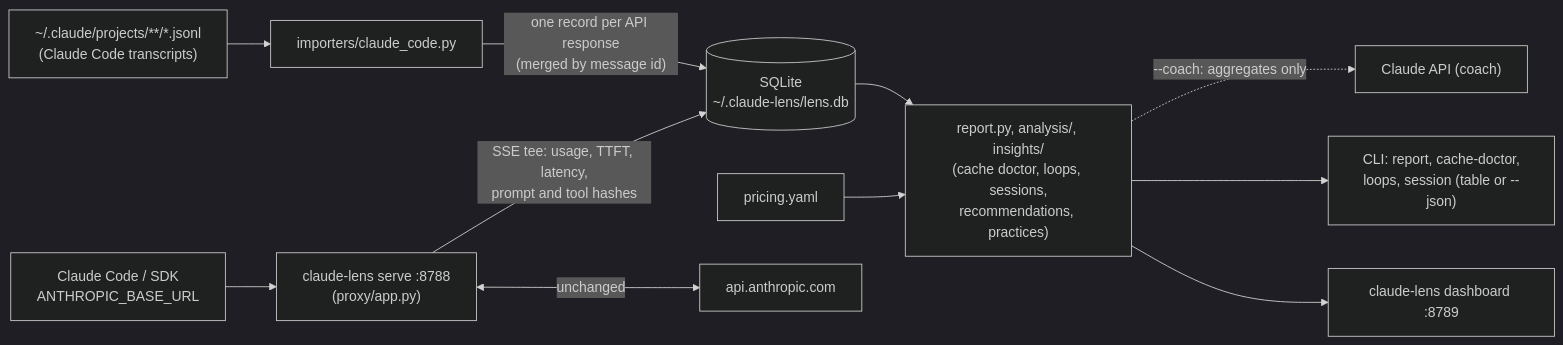
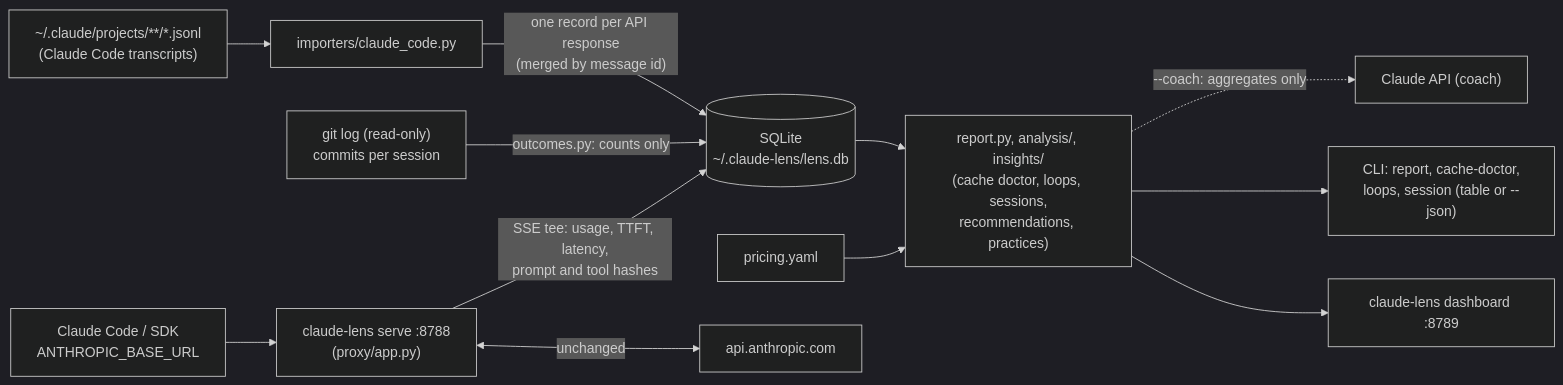
Before and after one commit to rkrzywiecki/claude-lens: the diagram in README.md, drawn with Mermaid (dark theme). The commit also changed other lines of this file and 8 other files, not shown here.

Commit message:
Document git outcomes and add a generated outcome example

````diff
--- a/README.md
+++ b/README.md
@@ -16,13 +18,14 @@
 ```mermaid
 flowchart LR
     T["~/.claude/projects/**/*.jsonl<br/>(Claude Code transcripts)"] --> I[importers/claude_code.py]
     I -->|"one record per API response<br/>(merged by message id)"| S[(SQLite<br/>~/.claude-lens/lens.db)]
     S --> R["report.py, analysis/, insights/<br/>(cache doctor, loops, sessions,<br/>recommendations, practices)"]
     R -.->|"--coach: aggregates only"| CO["Claude API (coach)"]
     P[pricing.yaml] --> R
+    G["git log (read-only)<br/>commits per session"] -->|"outcomes.py: counts only"| S
     R --> C["CLI: report, cache-doctor,<br/>loops, session (table or --json)"]
     R --> D["claude-lens dashboard :8789"]
     CL["Claude Code / SDK<br/>ANTHROPIC_BASE_URL"] --> X["claude-lens serve :8788<br/>(proxy/app.py)"]
     X <-->|"unchanged"| A[api.anthropic.com]
     X -->|"SSE tee: usage, TTFT, latency,<br/>prompt and tool hashes"| S
 ```
````
